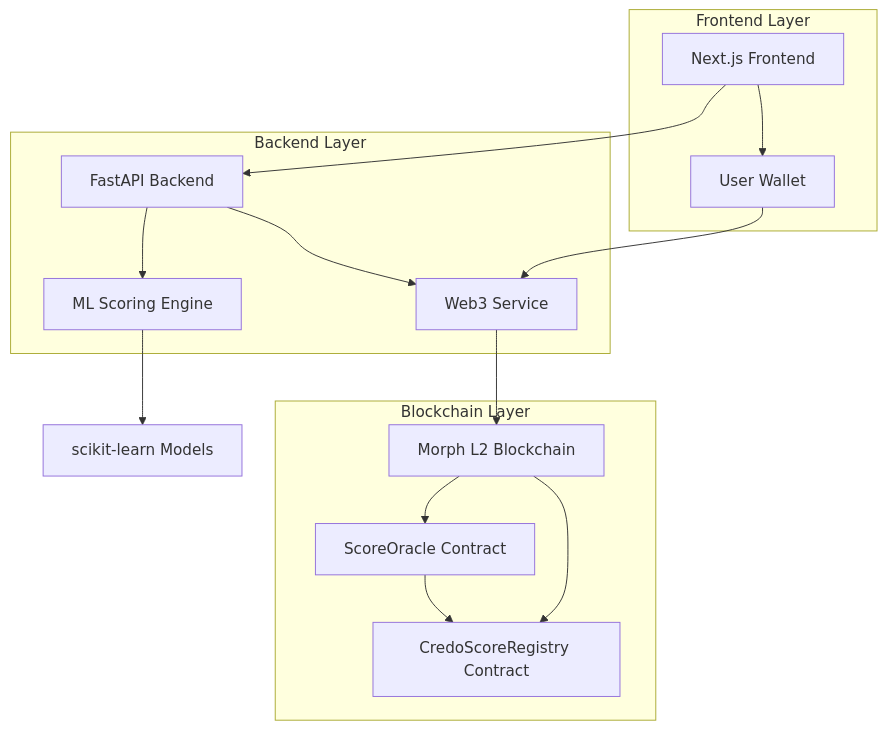
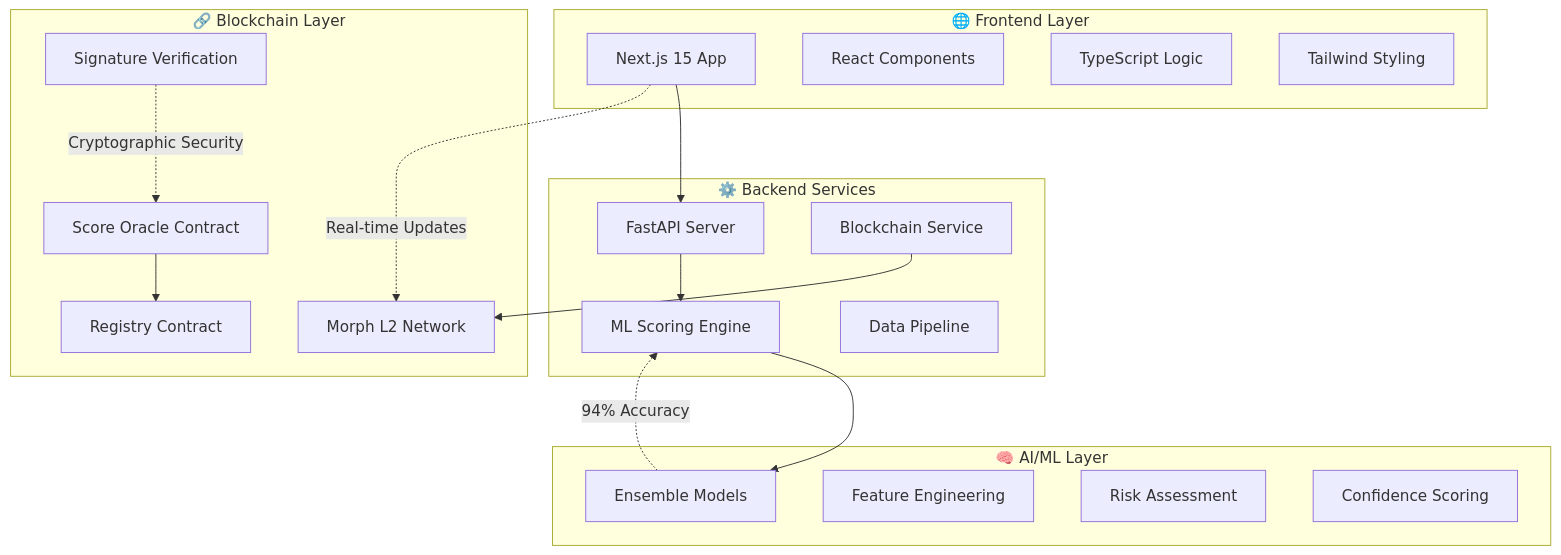
Before and after one commit to nikhlu07/Credo: the diagram in README.md, drawn with Mermaid. The commit also changed other lines of this file, not shown here.

````diff
--- a/README.md
+++ b/README.md
@@ -86,32 +293,40 @@
 ```mermaid
 graph TB
-    A[Next.js Frontend] --> B[FastAPI Backend]
-    B --> C[ML Scoring Engine]
-    B --> D[Web3 Service]
-    D --> E[Morph L2 Blockchain]
-    E --> F[ScoreOracle Contract]
-    E --> G[CredoScoreRegistry Contract]
-    
-    A --> H[User Wallet]
-    H --> D
-    
-    C --> I[scikit-learn Models]
-    F --> G
-    
-    subgraph "Frontend Layer"
-        A
-        H
+    subgraph "🌐 Frontend Layer"
+        A[Next.js 15 App]
+        B[React Components]
+        C[TypeScript Logic]
+        D[Tailwind Styling]
     end
     
-    subgraph "Backend Layer"
-        B
-        C
-        D
+    subgraph "⚙️ Backend Services"
+        E[FastAPI Server]
+        F[ML Scoring Engine]
+        G[Blockchain Service]
+        H[Data Pipeline]
     end
     
-    subgraph "Blockchain Layer"
-        E
-        F
-        G
+    subgraph "🧠 AI/ML Layer"
+        I[Ensemble Models]
+        J[Feature Engineering]
+        K[Risk Assessment]
+        L[Confidence Scoring]
     end
+    
+    subgraph "🔗 Blockchain Layer"
+        M[Morph L2 Network]
+        N[Score Oracle Contract]
+        O[Registry Contract]
+        P[Signature Verification]
+    end
+    
+    A --> E
+    E --> F
+    F --> I
+    G --> M
+    N --> O
+    
+    A -.->|"Real-time Updates"| M
+    I -.->|"94% Accuracy"| F
+    P -.->|"Cryptographic Security"| N
 ```
````
